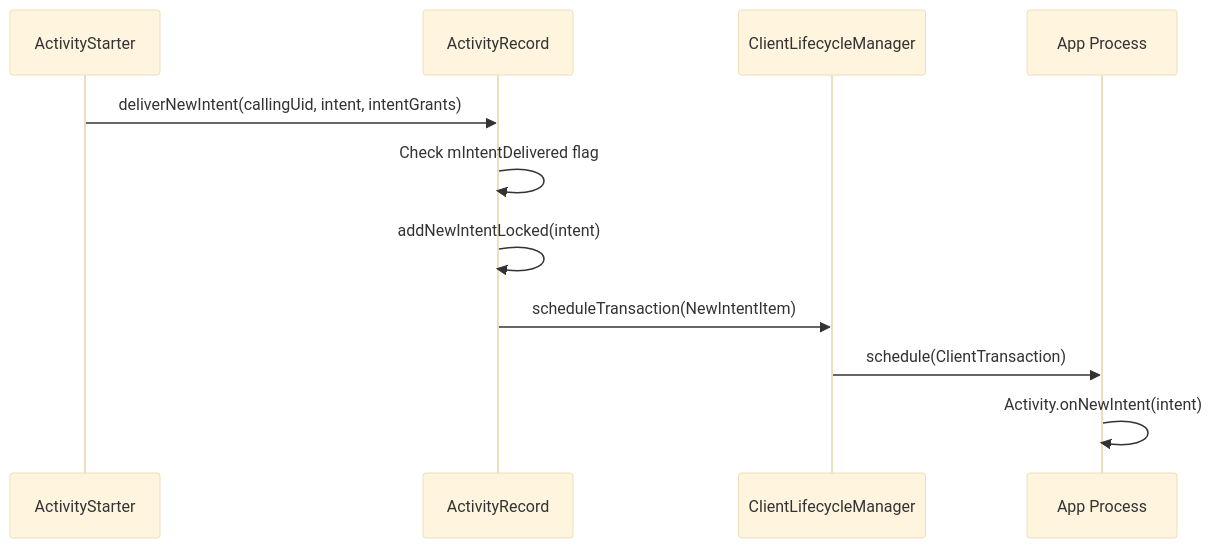
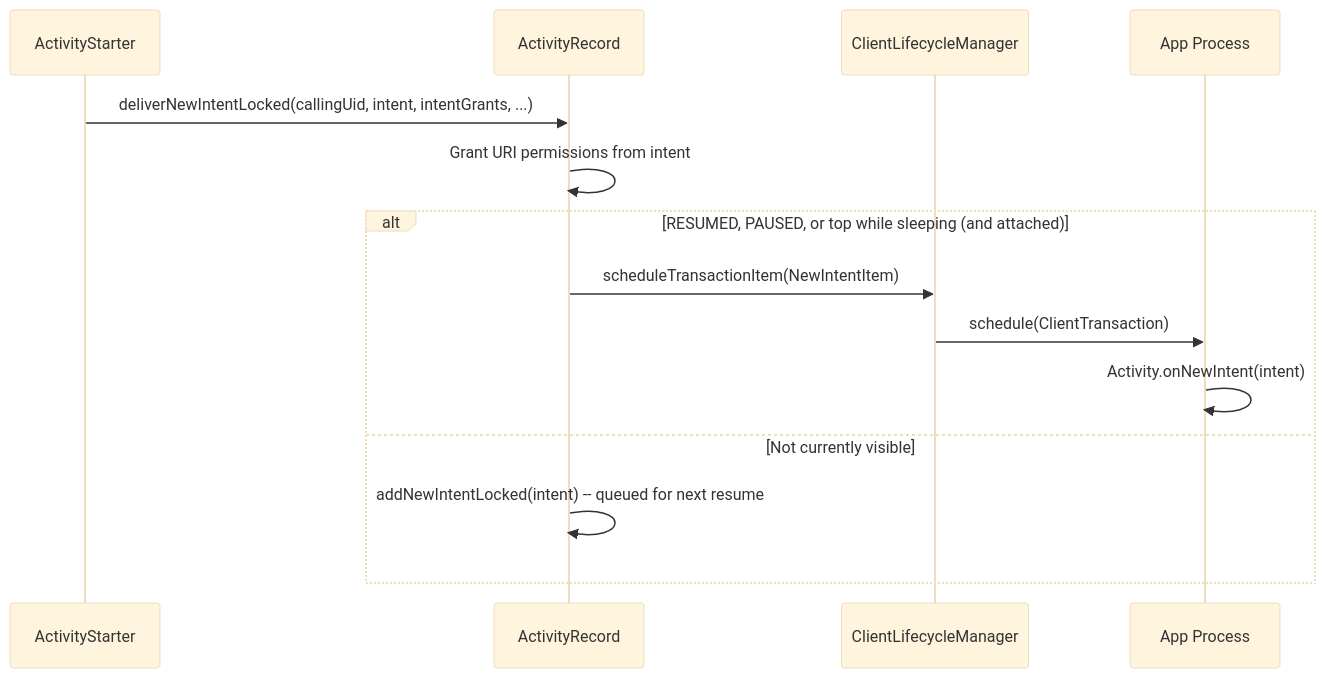
Before and after one commit to aospbooks/aosp-internal-book: diagram 24 of 41 in 22-activity-and-window.md, drawn with Mermaid (base theme). The commit also changed other lines of this file and 232 other files, not shown here.

````diff
--- a/22-activity-and-window.md
+++ b/22-activity-and-window.md
@@ -2321,14 +2370,17 @@
 ```mermaid
 sequenceDiagram
     participant AS as ActivityStarter
     participant AR as ActivityRecord
     participant CLM as ClientLifecycleManager
     participant App as App Process
 
-    AS->>AR: deliverNewIntent(callingUid, intent, intentGrants)
-    AR->>AR: Check mIntentDelivered flag
-    AR->>AR: addNewIntentLocked(intent)
-    AR->>CLM: scheduleTransaction(NewIntentItem)
-    CLM->>App: schedule(ClientTransaction)
-    App->>App: Activity.onNewIntent(intent)
+    AS->>AR: deliverNewIntentLocked(callingUid, intent, intentGrants, ...)
+    AR->>AR: Grant URI permissions from intent
+    alt RESUMED, PAUSED, or top while sleeping (and attached)
+        AR->>CLM: scheduleTransactionItem(NewIntentItem)
+        CLM->>App: schedule(ClientTransaction)
+        App->>App: Activity.onNewIntent(intent)
+    else Not currently visible
+        AR->>AR: addNewIntentLocked(intent) -- queued for next resume
+    end
 ```
````
